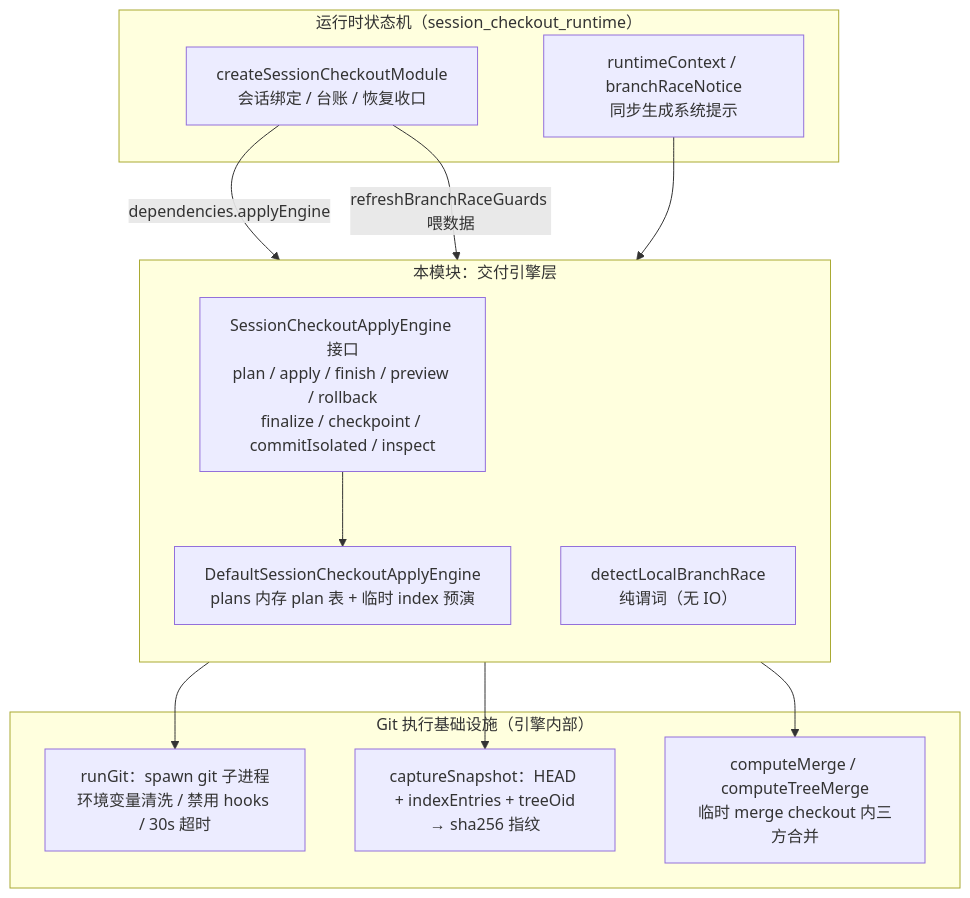
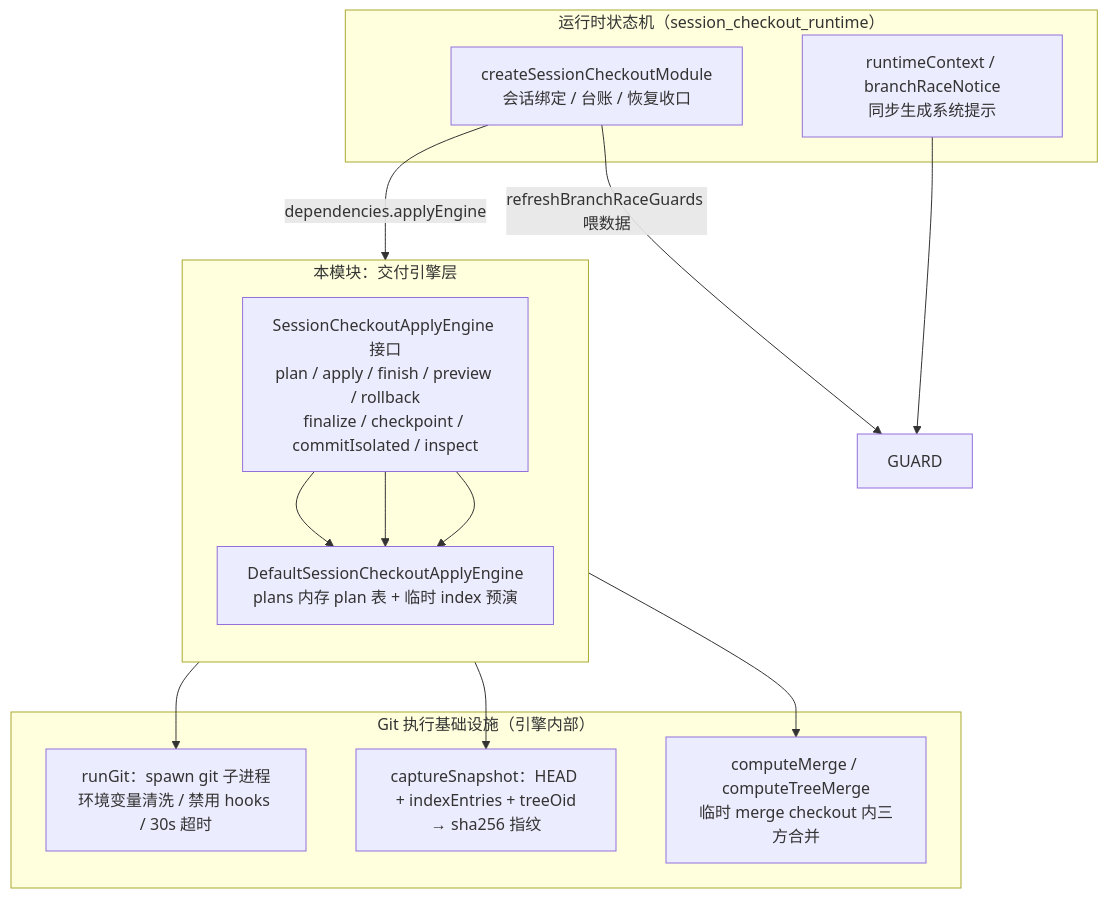
Before and after one commit to ikliml666/dsh-git-workspace: the first of 2 diagrams in .codewiki/_techdocs/docs/core_worktree_domain_and_infrastructure/session_checkout_domain/session_checkout_apply_engine.md, drawn with Mermaid. The commit also changed other lines of this file and 71 other files, not shown here.

````diff
--- a/.codewiki/_techdocs/docs/core_worktree_domain_and_infrastructure/session_checkout_domain/session_checkout_apply_engine.md
+++ b/.codewiki/_techdocs/docs/core_worktree_domain_and_infrastructure/session_checkout_domain/session_checkout_apply_engine.md
@@ -26,28 +26,29 @@
 ```mermaid
 flowchart TB
     subgraph Runtime["运行时状态机（session_checkout_runtime）"]
         MODULE["createSessionCheckoutModule<br/>会话绑定 / 台账 / 恢复收口"]
         CTX["runtimeContext / branchRaceNotice<br/>同步生成系统提示"]
     end
 
     subgraph Engine["本模块：交付引擎层"]
         direction TB
         INTF["SessionCheckoutApplyEngine 接口<br/>plan / apply / finish / preview / rollback<br/>finalize / checkpoint / commitIsolated / inspect"]
         IMPL["DefaultSessionCheckoutApplyEngine<br/>plans 内存 plan 表 + 临时 index 预演"]
-        GUARD["detectLocalBranchRace<br/>纯谓词（无 IO）"]
+        INTF --> IMPL
+        INTF --> IMPL
         INTF --> IMPL
     end
 
     subgraph Infra["Git 执行基础设施（引擎内部）"]
         RUN["runGit：spawn git 子进程<br/>环境变量清洗 / 禁用 hooks / 30s 超时"]
         SNAP["captureSnapshot：HEAD + indexEntries + treeOid<br/>→ sha256 指纹"]
         MERGE["computeMerge / computeTreeMerge<br/>临时 merge checkout 内三方合并"]
     end
 
     MODULE -->|"dependencies.applyEngine"| INTF
     MODULE -->|"refreshBranchRaceGuards 喂数据"| GUARD
     CTX --> GUARD
     IMPL --> RUN
     IMPL --> SNAP
     IMPL --> MERGE
 ```
````
